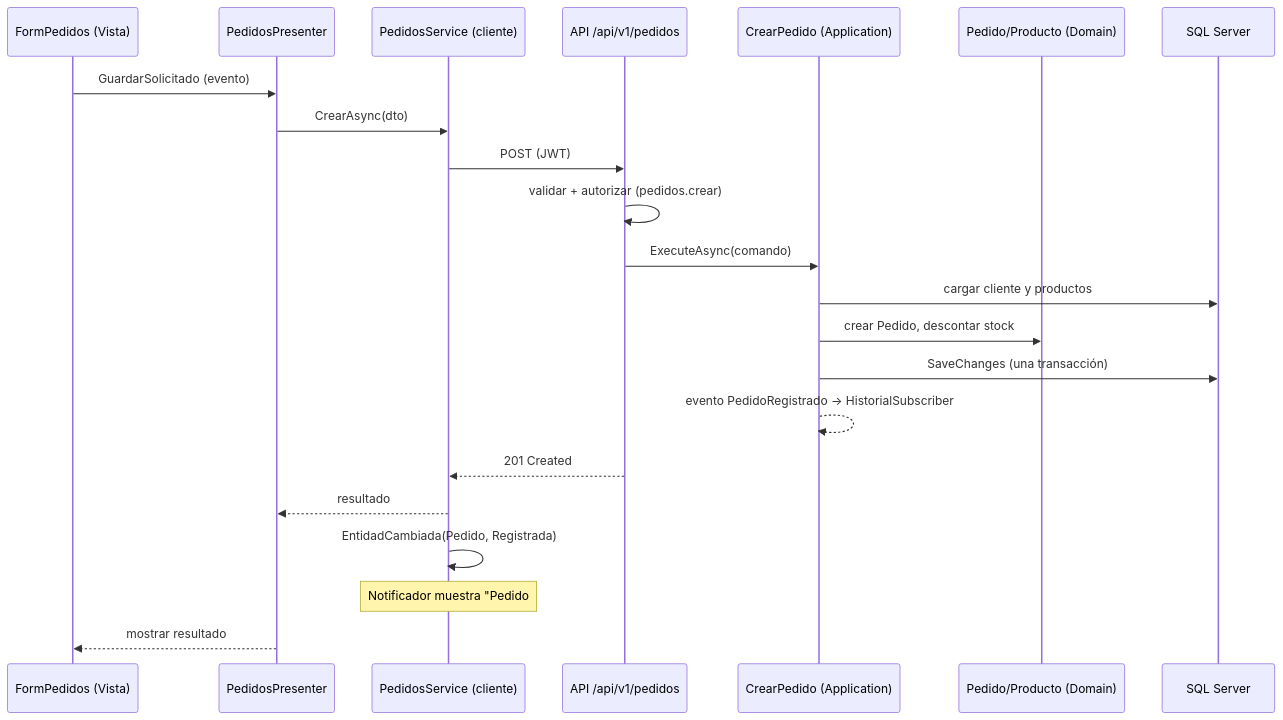
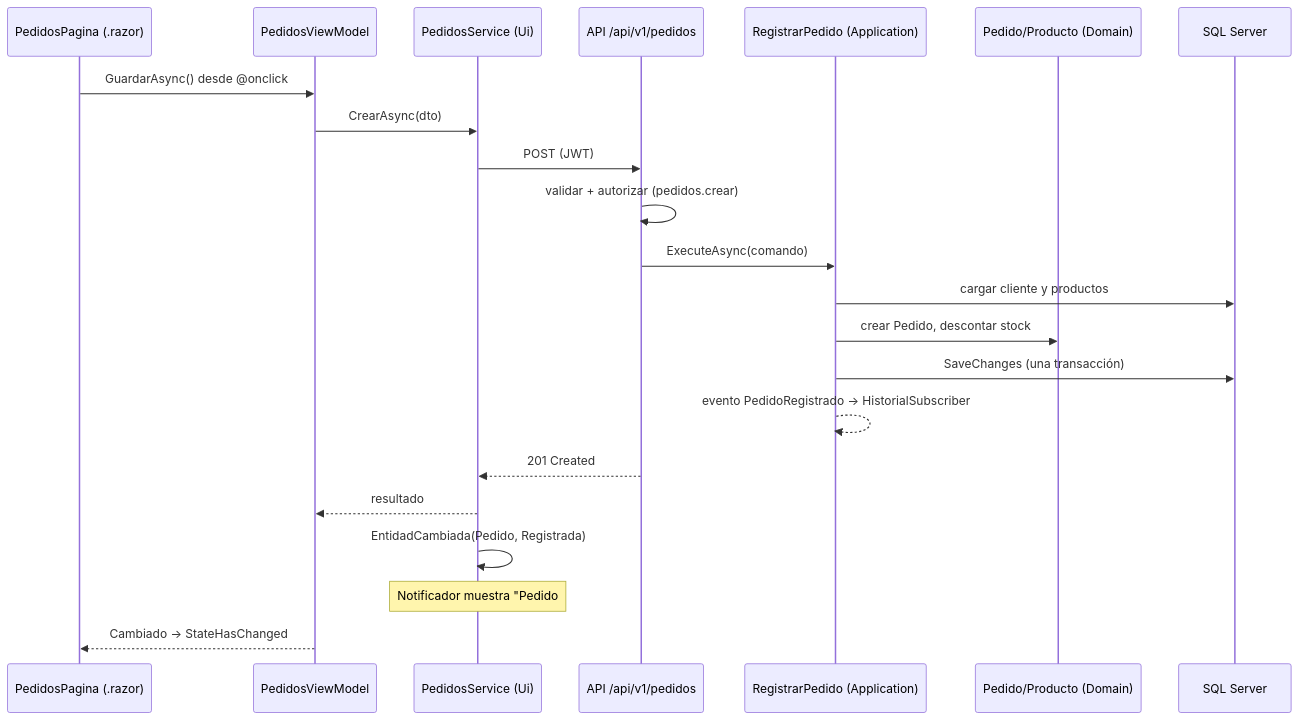
One commit to JuanPabloFloresDiaz/Gestion-de-Pedidos---UFG changed the second of 2 diagrams in docs/Arquitectura.md. Above: the diagram before and after it, drawn with Mermaid. The commit also changed other lines of this file, not shown here.

````diff
--- a/docs/Arquitectura.md
+++ b/docs/Arquitectura.md
@@ -163,24 +170,24 @@
 ```mermaid
 sequenceDiagram
-    participant F as FormPedidos (Vista)
-    participant P as PedidosPresenter
-    participant S as PedidosService (cliente)
+    participant P as PedidosPagina (.razor)
+    participant VM as PedidosViewModel
+    participant S as PedidosService (Ui)
     participant A as API /api/v1/pedidos
-    participant U as CrearPedido (Application)
+    participant U as RegistrarPedido (Application)
     participant D as Pedido/Producto (Domain)
     participant DB as SQL Server
-    F->>P: GuardarSolicitado (evento)
-    P->>S: CrearAsync(dto)
+    P->>VM: GuardarAsync() desde @onclick
+    VM->>S: CrearAsync(dto)
     S->>A: POST (JWT)
     A->>A: validar + autorizar (pedidos.crear)
     A->>U: ExecuteAsync(comando)
     U->>DB: cargar cliente y productos
     U->>D: crear Pedido, descontar stock
     U->>DB: SaveChanges (una transacción)
     U-->>U: evento PedidoRegistrado → HistorialSubscriber
     A-->>S: 201 Created
-    S-->>P: resultado
+    S-->>VM: resultado
     S->>S: EntidadCambiada(Pedido, Registrada)
-    Note over S: Notificador muestra "Pedido #N registrado";<br/>listados abiertos se refrescan
-    P-->>F: mostrar resultado
+    Note over S: Notificador muestra "Pedido #N registrado";<br/>ViewModels abiertos se refrescan
+    VM-->>P: Cambiado → StateHasChanged
 ```
````
